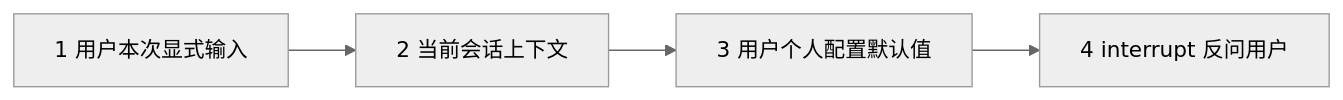
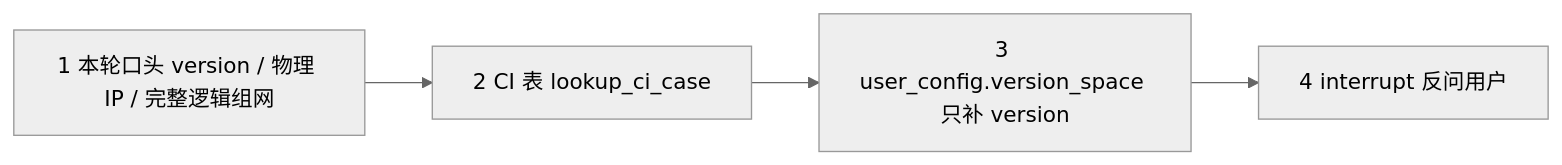
The first of 5 diagrams in docs/architecture.md (LuukkaToT/work_agent), drawn with Mermaid (neutral theme) before and after one commit. The commit also changed other lines of this file and 11 other files, not shown here.

````diff
--- a/docs/architecture.md
+++ b/docs/architecture.md
@@ -85,6 +85,6 @@
 ```mermaid
 flowchart LR
-  A["1 用户本次显式输入"] --> B["2 当前会话上下文"]
-  B --> C["3 用户个人配置默认值"]
+  A["1 本轮口头 version / 物理 IP / 完整逻辑组网"] --> B["2 CI 表 lookup_ci_case"]
+  B --> C["3 user_config.version_space 只补 version"]
   C --> D["4 interrupt 反问用户"]
 ```
````
